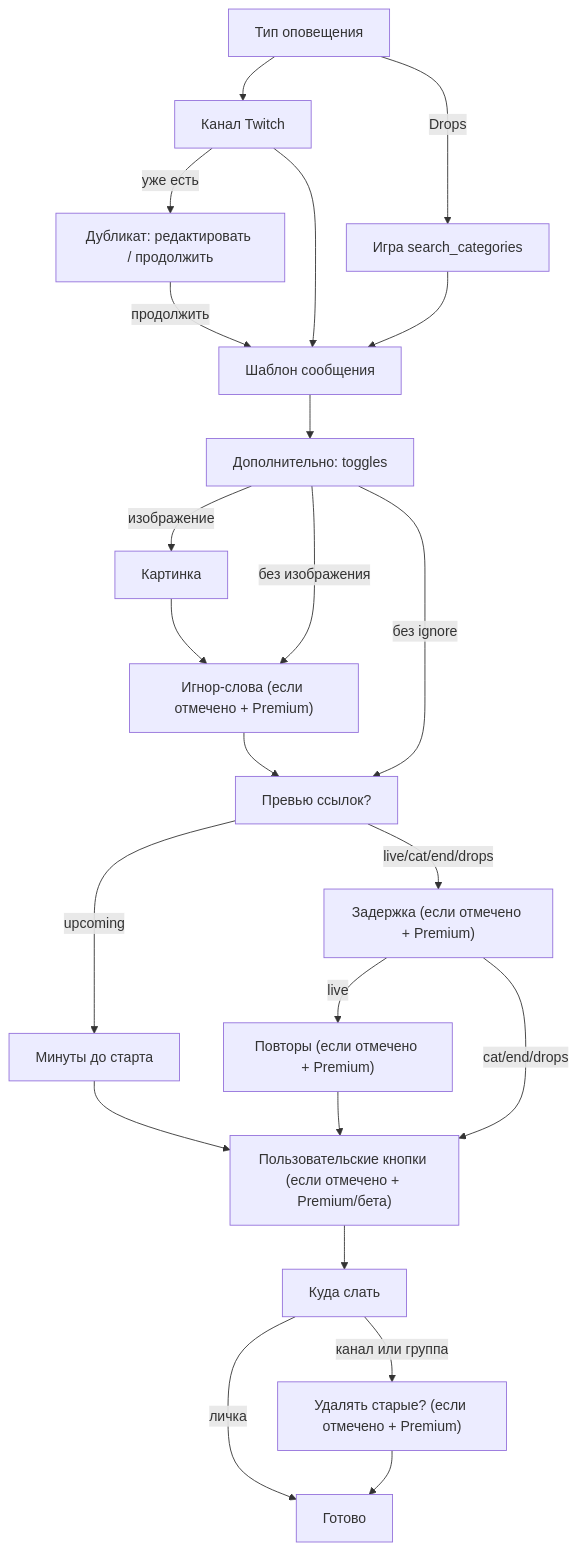
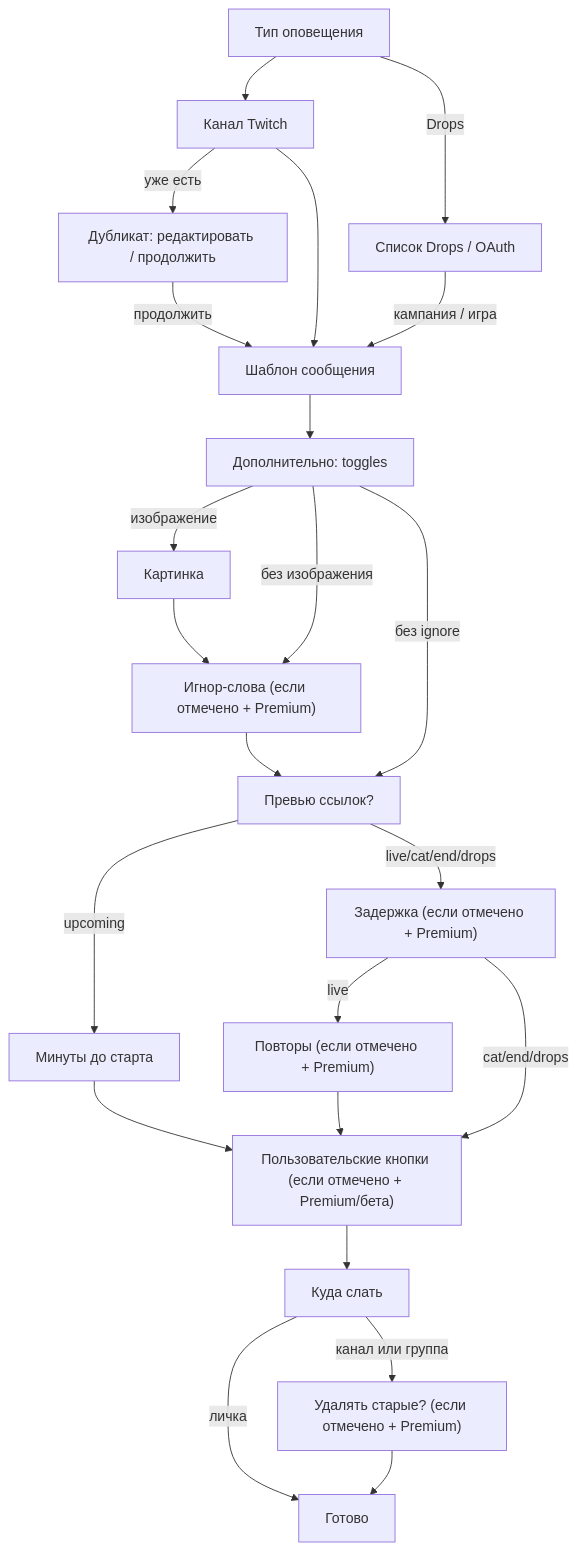
One commit to Marfa/twitch-telegram-bot changed the second of 3 diagrams in docs/user-flow-map.ru.md. Above: the diagram before and after it, drawn with Mermaid. The commit also changed other lines of this file and 9 other files, not shown here.

First line of the commit message:
Show available Drops catalog first, with OAuth and risk warning.

````diff
--- a/docs/user-flow-map.ru.md
+++ b/docs/user-flow-map.ru.md
@@ -110,25 +110,25 @@
 ```mermaid
 flowchart TD
   AT["Тип оповещения"] --> CH["Канал Twitch"]
-  AT -->|Drops| GAME["Игра search_categories"]
+  AT -->|Drops| CAT["Список Drops / OAuth"]
   CH -->|уже есть| DUP["Дубликат: редактировать / продолжить"]
   CH --> TPL["Шаблон сообщения"]
-  GAME --> TPL
+  CAT -->|кампания / игра| TPL
   DUP -->|продолжить| TPL
   TPL --> OPT["Дополнительно: toggles"]
   OPT -->|изображение| IMG["Картинка"]
   OPT -->|без изображения| IGN["Игнор-слова (если отмечено + Premium)"]
   IMG --> IGN
   IGN --> LP["Превью ссылок?"]
   OPT -->|без ignore| LP
   LP -->|upcoming| SRM["Минуты до старта"]
   LP -->|live/cat/end/drops| DL["Задержка (если отмечено + Premium)"]
   DL -->|live| RP["Повторы (если отмечено + Premium)"]
   RP --> BTN["Пользовательские кнопки (если отмечено + Premium/бета)"]
   BTN --> DEST["Куда слать"]
   SRM --> BTN
   DL -->|cat/end/drops| BTN
   DEST -->|личка| DONE["Готово"]
   DEST -->|канал или группа| DEL["Удалять старые? (если отмечено + Premium)"]
   DEL --> DONE
 ```
````
